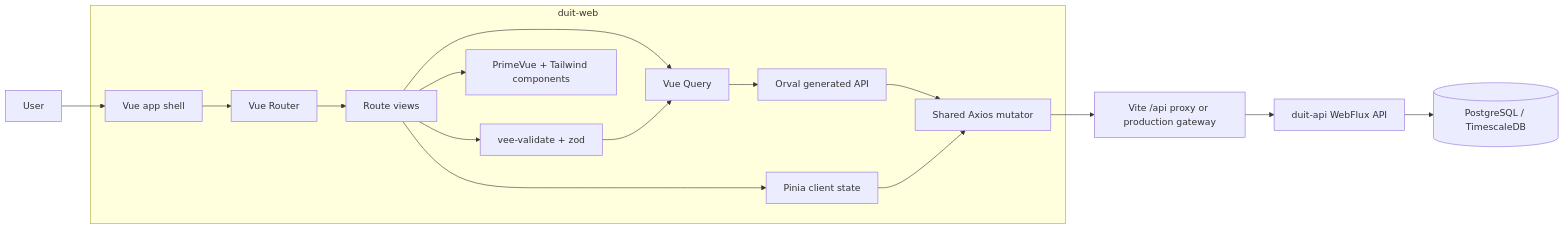
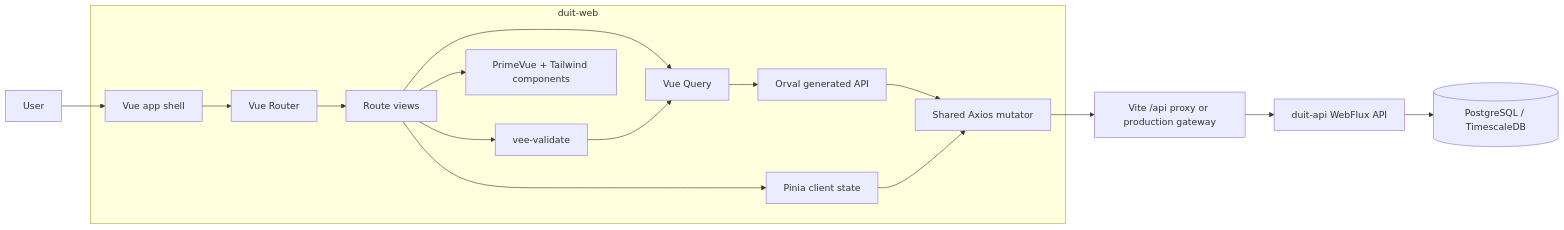
Before and after one commit to JaedenTYY/duit-web: the first of 2 diagrams in README.md, drawn with Mermaid. The commit also changed other lines of this file and 5 other files, not shown here.

````diff
--- a/README.md
+++ b/README.md
@@ -32,35 +32,35 @@
 ```mermaid
 flowchart LR
     User["User"]
 
     subgraph Web["duit-web"]
         App["Vue app shell"]
         Router["Vue Router"]
         Views["Route views"]
-        Forms["vee-validate + zod"]
+        Forms["vee-validate"]
         Query["Vue Query"]
         Store["Pinia client state"]
         Generated["Orval generated API"]
         Axios["Shared Axios mutator"]
         UI["PrimeVue + Tailwind components"]
     end
 
     Proxy["Vite /api proxy or production gateway"]
     Api["duit-api WebFlux API"]
     Db[("PostgreSQL / TimescaleDB")]
 
     User --> App
     App --> Router
     Router --> Views
     Views --> UI
     Views --> Forms
     Views --> Query
     Views --> Store
     Forms --> Query
     Query --> Generated
     Generated --> Axios
     Store --> Axios
     Axios --> Proxy
     Proxy --> Api
     Api --> Db
 ```
````
